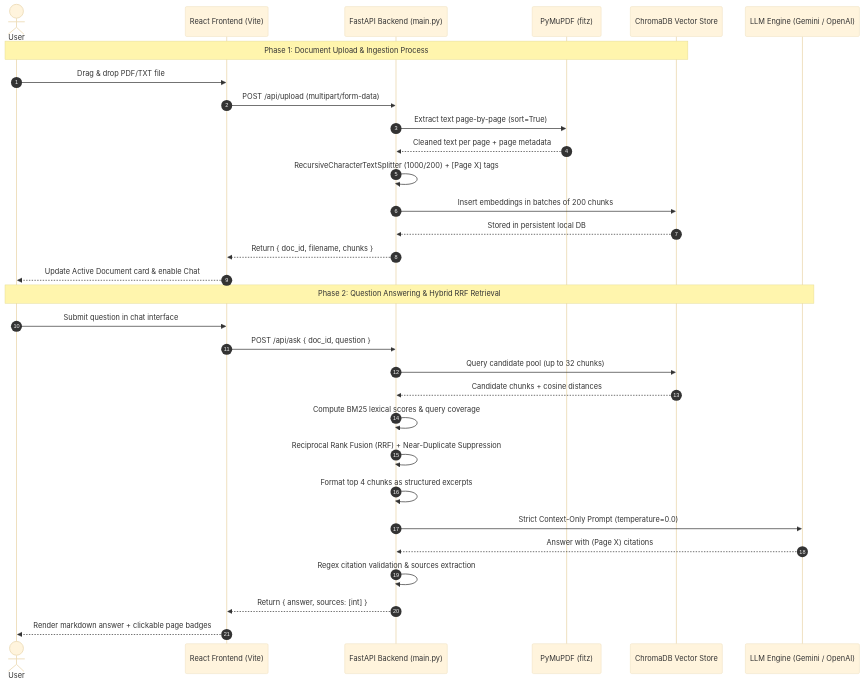
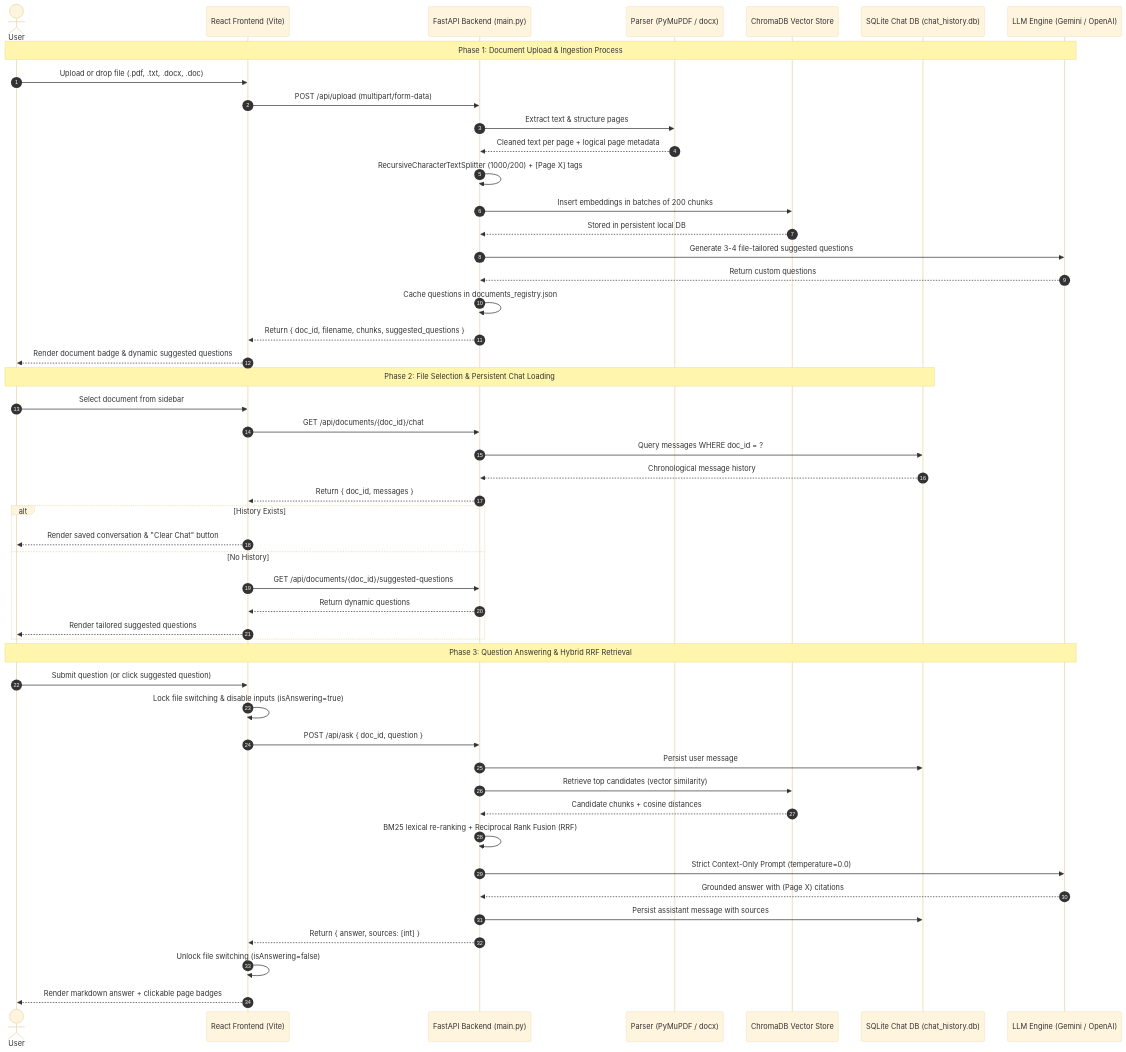
One commit to Nandu707/File-Summariser.Ai changed the first of 4 diagrams in PROJECT_PROCESSES.md. Above: the diagram before and after it, drawn with Mermaid (base theme). The commit also changed other lines of this file and 3 other files, not shown here.

````diff
--- a/PROJECT_PROCESSES.md
+++ b/PROJECT_PROCESSES.md
@@ -11,37 +11,57 @@
 ```mermaid
 sequenceDiagram
     autonumber
     actor User
     participant Frontend as React Frontend (Vite)
     participant Backend as FastAPI Backend (main.py)
-    participant Parser as PyMuPDF (fitz)
+    participant Parser as Parser (PyMuPDF / docx)
     participant Chroma as ChromaDB Vector Store
+    participant SQLite as SQLite Chat DB (chat_history.db)
     participant LLM as LLM Engine (Gemini / OpenAI)
 
     %% Ingestion Phase
-    Note over User, Chroma: Phase 1: Document Upload & Ingestion Process
-    User->>Frontend: Drag & drop PDF/TXT file
+    Note over User, LLM: Phase 1: Document Upload & Ingestion Process
+    User->>Frontend: Upload or drop file (.pdf, .txt, .docx, .doc)
     Frontend->>Backend: POST /api/upload (multipart/form-data)
-    Backend->>Parser: Extract text page-by-page (sort=True)
-    Parser-->>Backend: Cleaned text per page + page metadata
+    Backend->>Parser: Extract text & structure pages
+    Parser-->>Backend: Cleaned text per page + logical page metadata
     Backend->>Backend: RecursiveCharacterTextSplitter (1000/200) + [Page X] tags
     Backend->>Chroma: Insert embeddings in batches of 200 chunks
     Chroma-->>Backend: Stored in persistent local DB
-    Backend-->>Frontend: Return { doc_id, filename, chunks }
-    Frontend-->>User: Update Active Document card & enable Chat
+    Backend->>LLM: Generate 3-4 file-tailored suggested questions
+    LLM-->>Backend: Return custom questions
+    Backend->>Backend: Cache questions in documents_registry.json
+    Backend-->>Frontend: Return { doc_id, filename, chunks, suggested_questions }
+    Frontend-->>User: Render document badge & dynamic suggested questions
+
+    %% File Selection & History Phase
+    Note over User, SQLite: Phase 2: File Selection & Persistent Chat Loading
+    User->>Frontend: Select document from sidebar
+    Frontend->>Backend: GET /api/documents/{doc_id}/chat
+    Backend->>SQLite: Query messages WHERE doc_id = ?
+    SQLite-->>Backend: Chronological message history
+    Backend-->>Frontend: Return { doc_id, messages }
+    alt History Exists
+        Frontend-->>User: Render saved conversation & "Clear Chat" button
+    else No History
+        Frontend->>Backend: GET /api/documents/{doc_id}/suggested-questions
+        Backend-->>Frontend: Return dynamic questions
+        Frontend-->>User: Render tailored suggested questions
+    end
 
     %% Retrieval & QA Phase
-    Note over User, LLM: Phase 2: Question Answering & Hybrid RRF Retrieval
-    User->>Frontend: Submit question in chat interface
+    Note over User, LLM: Phase 3: Question Answering & Hybrid RRF Retrieval
+    User->>Frontend: Submit question (or click suggested question)
+    Frontend->>Frontend: Lock file switching & disable inputs (isAnswering=true)
     Frontend->>Backend: POST /api/ask { doc_id, question }
-    Backend->>Chroma: Query candidate pool (up to 32 chunks)
+    Backend->>SQLite: Persist user message
+    Backend->>Chroma: Retrieve top candidates (vector similarity)
     Chroma-->>Backend: Candidate chunks + cosine distances
-    Backend->>Backend: Compute BM25 lexical scores & query coverage
-    Backend->>Backend: Reciprocal Rank Fusion (RRF) + Near-Duplicate Suppression
-    Backend->>Backend: Format top 4 chunks as structured excerpts
+    Backend->>Backend: BM25 lexical re-ranking + Reciprocal Rank Fusion (RRF)
     Backend->>LLM: Strict Context-Only Prompt (temperature=0.0)
-    LLM-->>Backend: Answer with (Page X) citations
-    Backend->>Backend: Regex citation validation & sources extraction
+    LLM-->>Backend: Grounded answer with (Page X) citations
+    Backend->>SQLite: Persist assistant message with sources
     Backend-->>Frontend: Return { answer, sources: [int] }
+    Frontend->>Frontend: Unlock file switching (isAnswering=false)
     Frontend-->>User: Render markdown answer + clickable page badges
 ```
````
